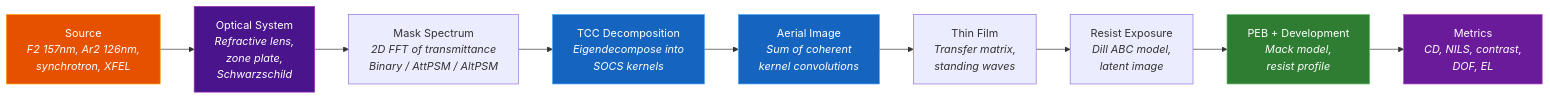
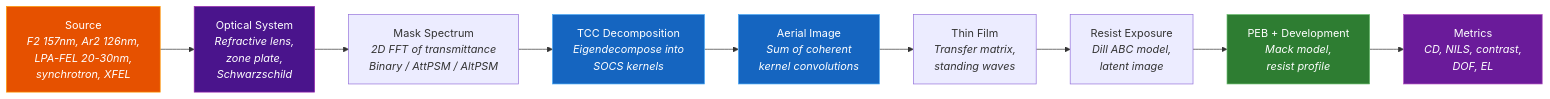
One commit to EMinsight/highuvlith changed the third of 10 diagrams in README.md. Above: the diagram before and after it, drawn with Mermaid. The commit also changed other lines of this file and 12 other files, not shown here.

Commit message:
Implement LpaFelSource

````diff
--- a/README.md
+++ b/README.md
@@ -103,18 +104,18 @@
 ```mermaid
 graph LR
-    A["Source<br/><i>F2 157nm, Ar2 126nm,<br/>synchrotron, XFEL</i>"] --> B["Optical System<br/><i>Refractive lens,<br/>zone plate,<br/>Schwarzschild</i>"]
+    A["Source<br/><i>F2 157nm, Ar2 126nm,<br/>LPA-FEL 20-30nm,<br/>synchrotron, XFEL</i>"] --> B["Optical System<br/><i>Refractive lens,<br/>zone plate,<br/>Schwarzschild</i>"]
     B --> C["Mask Spectrum<br/><i>2D FFT of transmittance<br/>Binary / AttPSM / AltPSM</i>"]
     C --> D["TCC Decomposition<br/><i>Eigendecompose into<br/>SOCS kernels</i>"]
     D --> E["Aerial Image<br/><i>Sum of coherent<br/>kernel convolutions</i>"]
     E --> F["Thin Film<br/><i>Transfer matrix,<br/>standing waves</i>"]
     F --> G["Resist Exposure<br/><i>Dill ABC model,<br/>latent image</i>"]
     G --> H["PEB + Development<br/><i>Mack model,<br/>resist profile</i>"]
     H --> I["Metrics<br/><i>CD, NILS, contrast,<br/>DOF, EL</i>"]
 
     style A fill:#e65100,stroke:#ff9800,color:#fff
     style B fill:#4a148c,stroke:#9c27b0,color:#fff
     style D fill:#1565c0,stroke:#42a5f5,color:#fff
     style E fill:#1565c0,stroke:#42a5f5,color:#fff
     style H fill:#2e7d32,stroke:#66bb6a,color:#fff
     style I fill:#6a1b9a,stroke:#ab47bc,color:#fff
 ```
````
